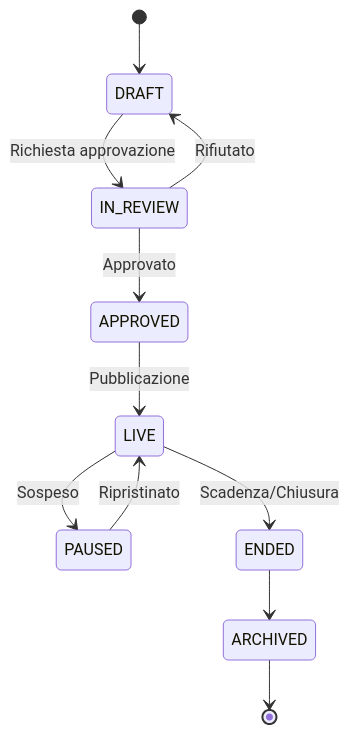
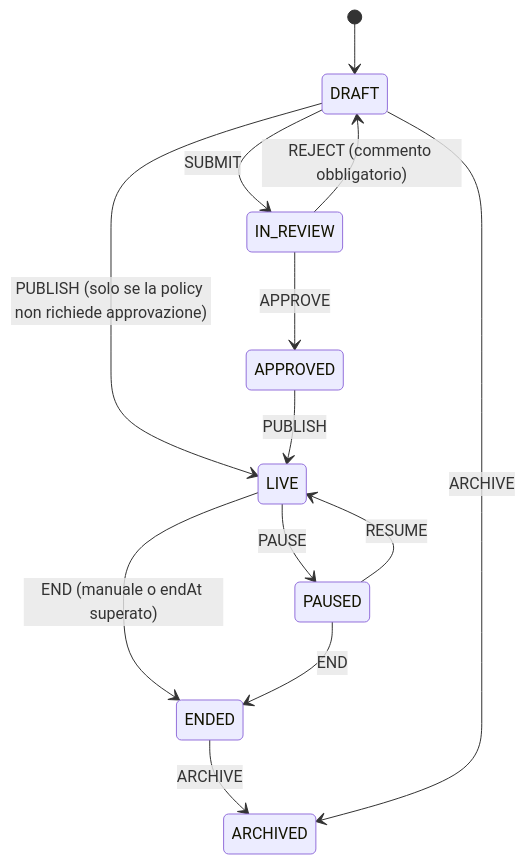
Before and after one commit to peppe-ruv/Loyalty_Sys: the first of 3 diagrams in concetti/governance.mdx, drawn with Mermaid. The commit also changed other lines of this file and 20 other files, not shown here.

````diff
--- a/concetti/governance.mdx
+++ b/concetti/governance.mdx
@@ -11,16 +13,17 @@
 ```mermaid
 stateDiagram-v2
-  accTitle: Governance oggetti
-  accDescr: Stati di approvazione per campagne, premi e concorsi
-
+  accTitle: Ciclo di vita degli oggetti governati
+  accDescr: Stati di campagne, premi, concorsi e contenuti: bozza, revisione, approvazione o rifiuto, pubblicazione, pausa e ripresa, chiusura e archiviazione.
   [*] --> DRAFT
-  DRAFT --> IN_REVIEW: Richiesta approvazione
-  IN_REVIEW --> APPROVED: Approvato
-  IN_REVIEW --> DRAFT: Rifiutato
-  APPROVED --> LIVE: Pubblicazione
-  LIVE --> PAUSED: Sospeso
-  PAUSED --> LIVE: Ripristinato
-  LIVE --> ENDED: Scadenza/Chiusura
-  ENDED --> ARCHIVED
-  ARCHIVED --> [*]
+  DRAFT --> IN_REVIEW: SUBMIT
+  IN_REVIEW --> APPROVED: APPROVE
+  IN_REVIEW --> DRAFT: REJECT (commento obbligatorio)
+  DRAFT --> LIVE: PUBLISH (solo se la policy non richiede approvazione)
+  APPROVED --> LIVE: PUBLISH
+  LIVE --> PAUSED: PAUSE
+  PAUSED --> LIVE: RESUME
+  LIVE --> ENDED: END (manuale o endAt superato)
+  PAUSED --> ENDED: END
+  ENDED --> ARCHIVED: ARCHIVE
+  DRAFT --> ARCHIVED: ARCHIVE
 ```
````
